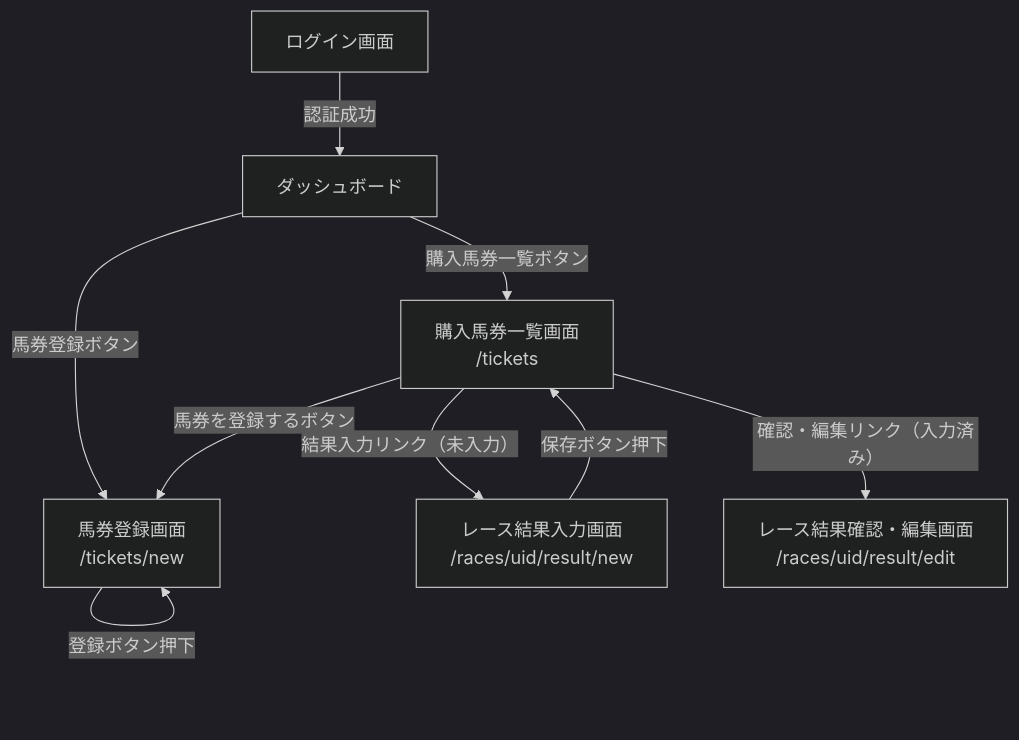
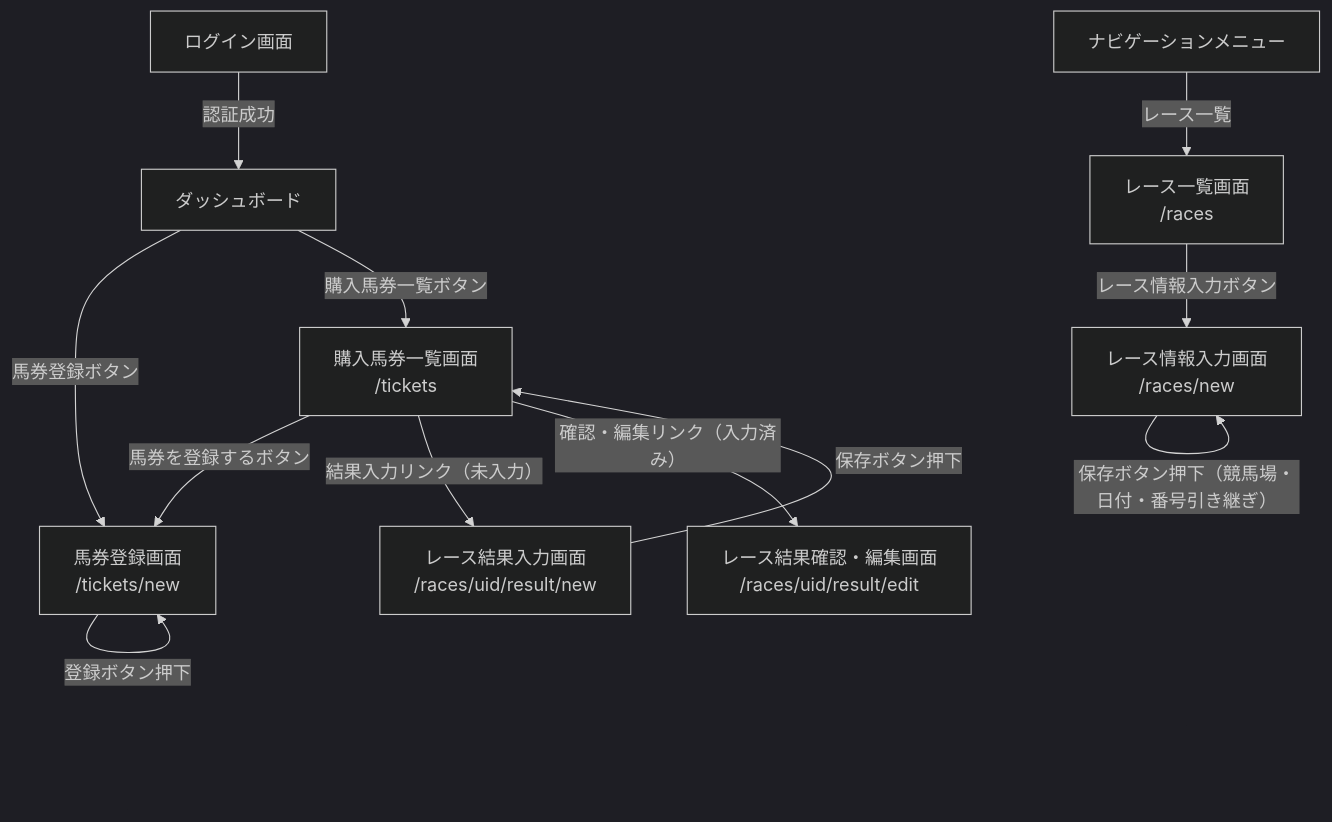
One commit to nakajima97/keiba-db-gen2 changed the diagram in docs/specs/screen-transition.md. Above: the diagram before and after it, drawn with Mermaid (dark theme). The commit also changed 7 other files, not shown here.

````diff
--- a/docs/specs/screen-transition.md
+++ b/docs/specs/screen-transition.md
@@ -3,11 +3,14 @@
 ```mermaid
 flowchart TD
     Login[ログイン画面] -->|認証成功| Dashboard[ダッシュボード]
     Dashboard -->|馬券登録ボタン| TicketsNew[馬券登録画面\n/tickets/new]
     TicketsNew -->|登録ボタン押下| TicketsNew
     Dashboard -->|購入馬券一覧ボタン| TicketsIndex[購入馬券一覧画面\n/tickets]
     TicketsIndex -->|馬券を登録するボタン| TicketsNew
     TicketsIndex -->|結果入力リンク（未入力）| RaceResultNew[レース結果入力画面\n/races/uid/result/new]
     TicketsIndex -->|確認・編集リンク（入力済み）| RaceResultEdit[レース結果確認・編集画面\n/races/uid/result/edit]
     RaceResultNew -->|保存ボタン押下| TicketsIndex
+    Nav[ナビゲーションメニュー] -->|レース一覧| RacesIndex[レース一覧画面\n/races]
+    RacesIndex -->|レース情報入力ボタン| RacesNew[レース情報入力画面\n/races/new]
+    RacesNew -->|保存ボタン押下（競馬場・日付・番号引き継ぎ）| RacesNew
 ```
````
